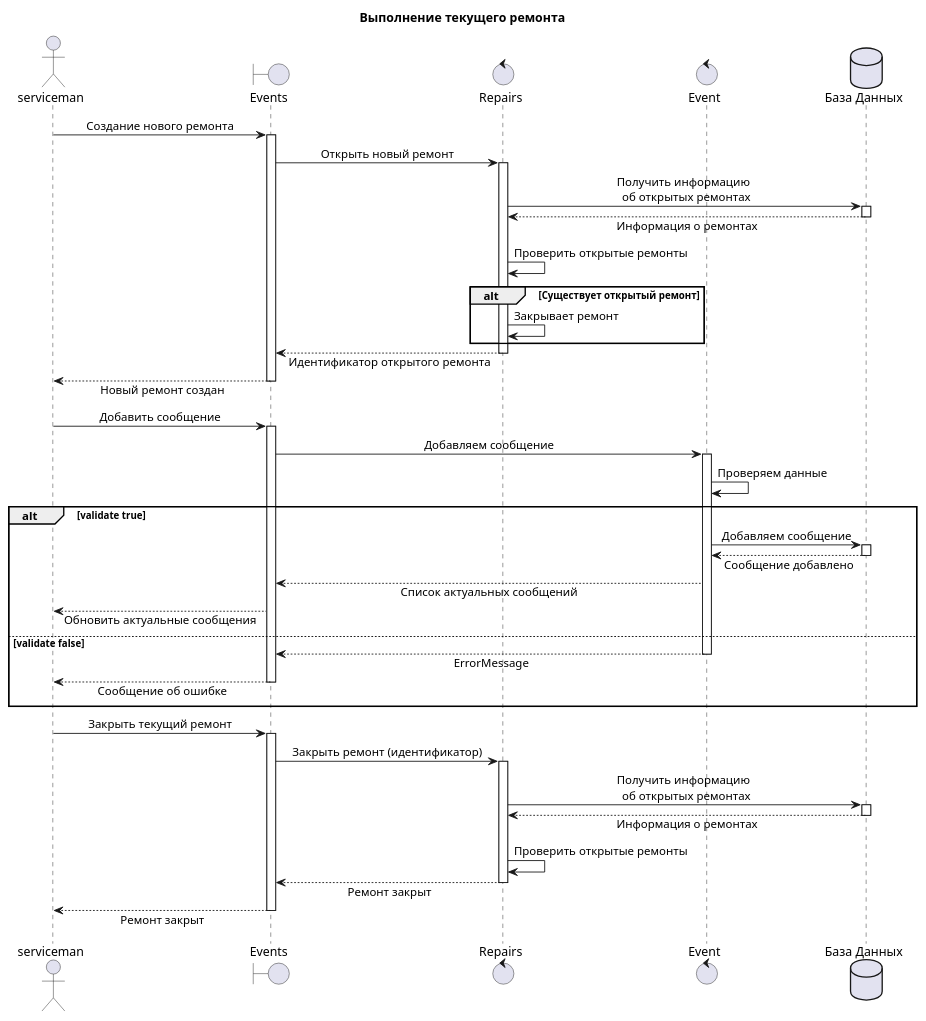
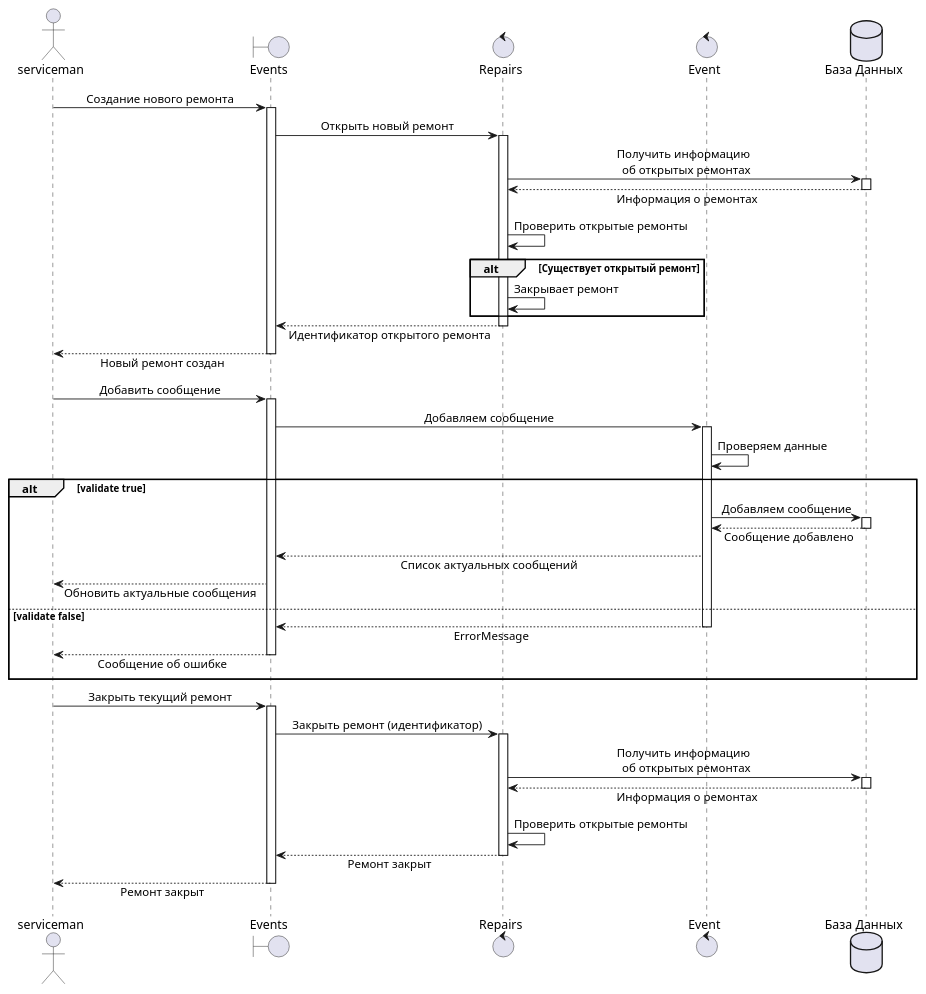
One commit to gtcoda/ARAS changed the diagram in web/uml/curentRepair.puml. Above: the diagram before and after it, drawn with PlantUML. The commit also changed other lines of this file and 10 other files, not shown here.

Commit message:
Доделал диаграммы последовательности

```diff
--- a/web/uml/curentRepair.puml
+++ b/web/uml/curentRepair.puml
@@ -1,54 +1,53 @@
 @startuml
-title "Выполнение текущего ремонта"
 
 actor "serviceman" as User
 boundary "Events" as Events
 
 control "Repairs" as Repairs
 control "Event" as Event
  
 database "База Данных" as DB
 
 ' Настройки отображения
 skinparam responseMessageBelowArrow true
 skinparam sequenceMessageAlign center
 
 
 User->Events ++ : Создание нового ремонта
 Events -> Repairs ++ : Открыть новый ремонт
 Repairs -> DB++ : Получить информацию \n об открытых ремонтах
 Repairs <-- DB-- : Информация о ремонтах
 Repairs -> Repairs : Проверить открытые ремонты
 alt Существует открытый ремонт
     Repairs -> Repairs : Закрывает ремонт
 end
 Events <-- Repairs-- : Идентификатор открытого ремонта
 
 User <-- Events-- : Новый ремонт создан
 
 
 User -> Events++ : Добавить сообщение
 Events -> Event++ : Добавляем сообщение
 Event -> Event : Проверяем данные
 alt validate true
     Event -> DB ++ : Добавляем сообщение
     Event <-- DB -- : Сообщение добавлено
     Events <-- Event : Список актуальных сообщений
     User <-- Events : Обновить актуальные сообщения
 else validate false
     Events <-- Event-- : ErrorMessage
     User <-- Events-- : Сообщение об ошибке
 end
 
 User -> Events++ : Закрыть текущий ремонт
 Events -> Repairs++ : Закрыть ремонт (идентификатор)
 
 Repairs -> DB++ : Получить информацию \n об открытых ремонтах
 Repairs <-- DB-- : Информация о ремонтах
 
 Repairs -> Repairs : Проверить открытые ремонты
 
 Events <-- Repairs-- : Ремонт закрыт
 User <-- Events-- : Ремонт закрыт
 
 @enduml
```
